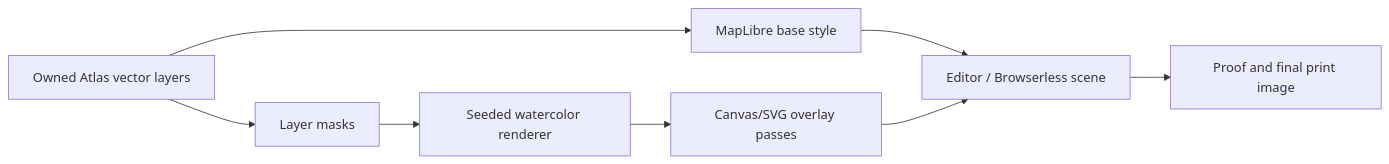
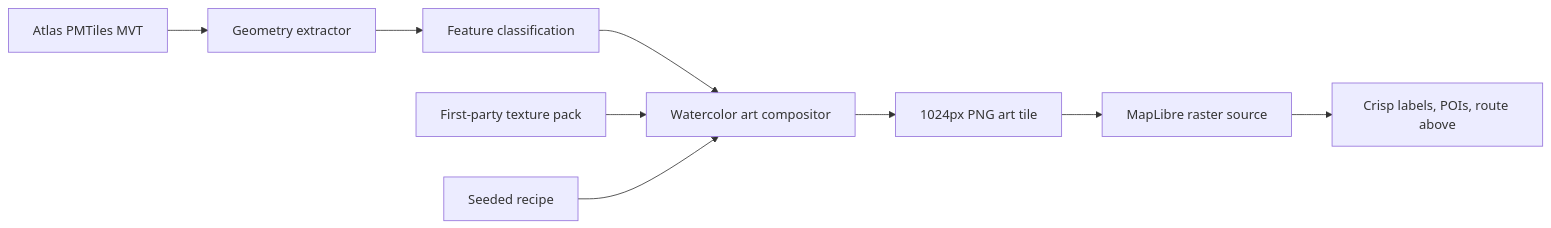
The diagram in docs/RADMAPS_WATERCOLOR_RENDERING_PLAN.md (anthonynmaro/radmaps), drawn with Mermaid before and after one commit. The commit also changed other lines of this file and 52 other files, not shown here.

````diff
--- a/docs/RADMAPS_WATERCOLOR_RENDERING_PLAN.md
+++ b/docs/RADMAPS_WATERCOLOR_RENDERING_PLAN.md
@@ -42,10 +55,11 @@
 ```mermaid
 flowchart LR
-  A["Owned Atlas vector layers"] --> B["MapLibre base style"]
-  A --> C["Layer masks"]
-  C --> D["Seeded watercolor renderer"]
-  D --> E["Canvas/SVG overlay passes"]
-  B --> F["Editor / Browserless scene"]
-  E --> F
-  F --> G["Proof and final print image"]
+  A["Atlas PMTiles MVT"] --> B["Geometry extractor"]
+  B --> C["Feature classification"]
+  C --> D["Watercolor art compositor"]
+  E["First-party texture pack"] --> D
+  F["Seeded recipe"] --> D
+  D --> G["1024px PNG art tile"]
+  G --> H["MapLibre raster source"]
+  H --> I["Crisp labels, POIs, route above"]
 ```
````
